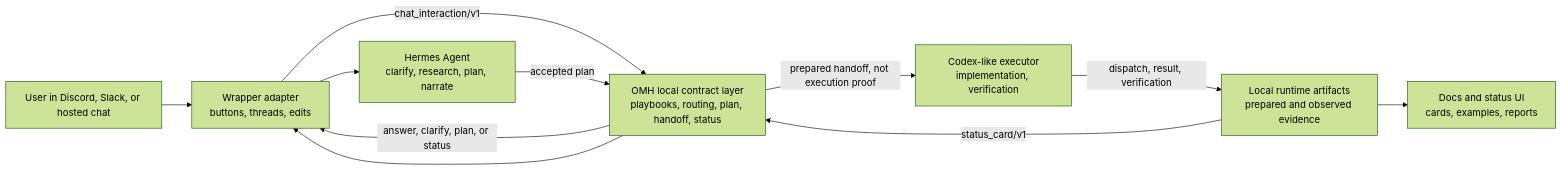
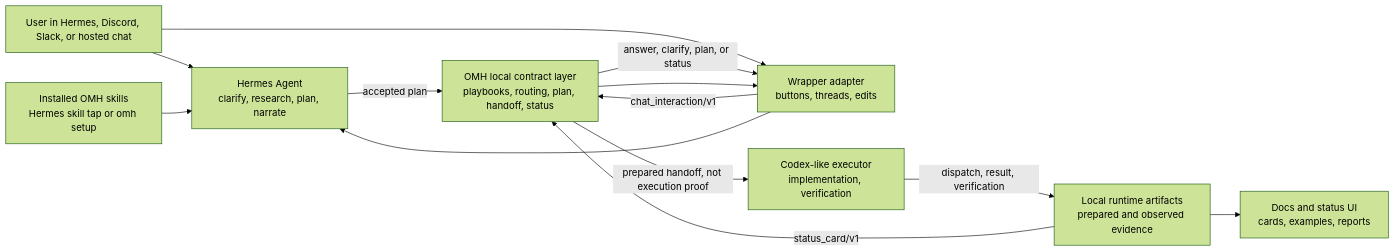
The diagram in docs/ARCHITECTURE.md (rlaope/oh-my-hermes-agent), drawn with Mermaid (forest theme) before and after one commit. The commit also changed other lines of this file and 34 other files, not shown here.

````diff
--- a/docs/ARCHITECTURE.md
+++ b/docs/ARCHITECTURE.md
@@ -28,21 +29,24 @@
 ```mermaid
 flowchart LR
-  user["User in Discord, Slack, or hosted chat"]
+  user["User in Hermes, Discord, Slack, or hosted chat"]
+  skills["Installed OMH skills\nHermes skill tap or omh setup"]
   wrapper["Wrapper adapter\nbuttons, threads, edits"]
   omh["OMH local contract layer\nplaybooks, routing, plan, handoff, status"]
   hermes["Hermes Agent\nclarify, research, plan, narrate"]
   executor["Codex-like executor\nimplementation, verification"]
   runtime["Local runtime artifacts\nprepared and observed evidence"]
   site["Docs and status UI\ncards, examples, reports"]
 
+  user --> hermes
+  skills --> hermes
   user --> wrapper
   wrapper -->|"chat_interaction/v1"| omh
   omh -->|"answer, clarify, plan, or status"| wrapper
   wrapper --> hermes
   hermes -->|"accepted plan"| omh
   omh -->|"prepared handoff, not execution proof"| executor
   executor -->|"dispatch, result, verification"| runtime
   runtime -->|"status_card/v1"| omh
   omh --> wrapper
   runtime --> site
 ```
````
